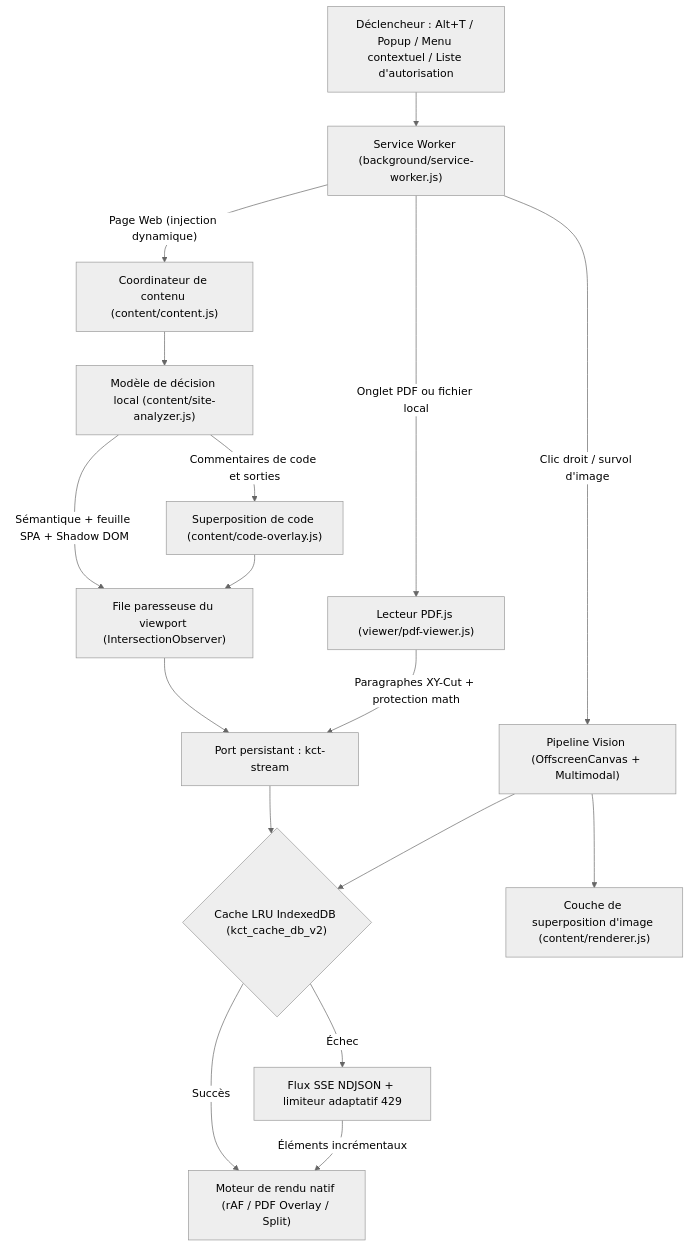
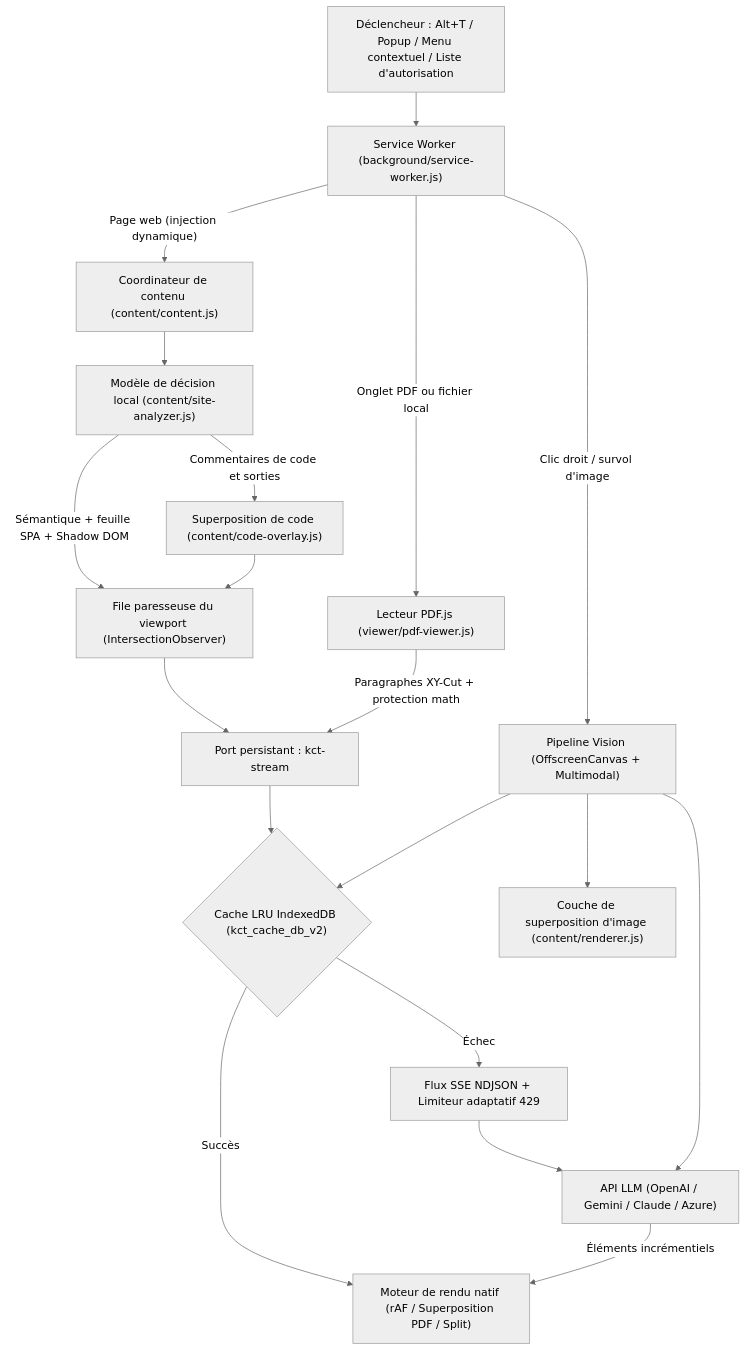
One commit to Chih-Kai-Wang/kaggle-course-translator changed the first of 2 diagrams in README.fr.md. Above: the diagram before and after it, drawn with Mermaid (neutral theme). The commit also changed other lines of this file and 23 other files, not shown here.

First line of the commit message:
feat(v2.4.0): update notice, Claude & Azure OpenAI providers, README rewrite with local decision-model diagram

````diff
--- a/README.fr.md
+++ b/README.fr.md
@@ -65,19 +76,21 @@
 ```mermaid
 flowchart TD
     Trigger["Déclencheur : Alt+T / Popup / Menu contextuel / Liste d'autorisation"] --> SW["Service Worker (background/service-worker.js)"]
-    SW -->|"Page Web (injection dynamique)"| Content["Coordinateur de contenu (content/content.js)"]
+    SW -->|"Page web (injection dynamique)"| Content["Coordinateur de contenu (content/content.js)"]
     SW -->|"Onglet PDF ou fichier local"| PDF["Lecteur PDF.js (viewer/pdf-viewer.js)"]
     SW -->|"Clic droit / survol d'image"| Vision["Pipeline Vision (OffscreenCanvas + Multimodal)"]
     Content --> Analyzer["Modèle de décision local (content/site-analyzer.js)"]
     Analyzer -->|"Sémantique + feuille SPA + Shadow DOM"| Queue["File paresseuse du viewport (IntersectionObserver)"]
     Analyzer -->|"Commentaires de code et sorties"| Code["Superposition de code (content/code-overlay.js)"]
     Code --> Queue
     Queue --> Port["Port persistant : kct-stream"]
     PDF -->|"Paragraphes XY-Cut + protection math"| Port
     Port --> Cache{"Cache LRU IndexedDB (kct_cache_db_v2)"}
-    Cache -->|"Succès"| Render["Moteur de rendu natif (rAF / PDF Overlay / Split)"]
-    Cache -->|"Échec"| Stream["Flux SSE NDJSON + limiteur adaptatif 429"]
-    Stream -->|"Éléments incrémentaux"| Render
+    Cache -->|"Succès"| Render["Moteur de rendu natif (rAF / Superposition PDF / Split)"]
+    Cache -->|"Échec"| Stream["Flux SSE NDJSON + Limiteur adaptatif 429"]
+    Stream --> LLM["API LLM (OpenAI / Gemini / Claude / Azure)"]
+    LLM -->|"Éléments incrémentiels"| Render
     Vision --> Cache
+    Vision --> LLM
     Vision --> ImgOverlay["Couche de superposition d'image (content/renderer.js)"]
 ```
````
